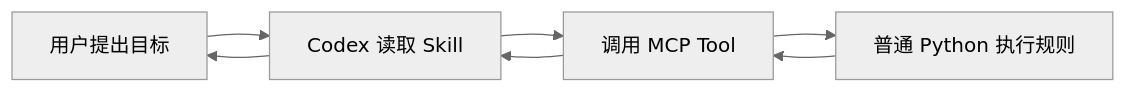
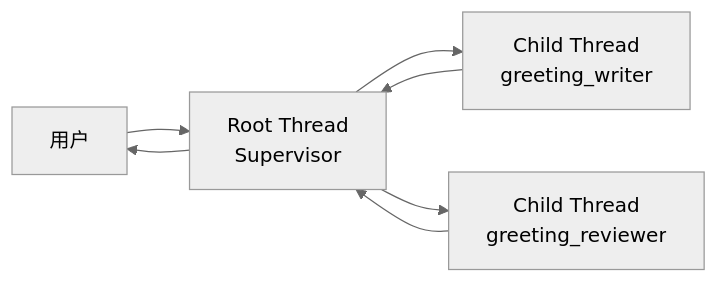
The second of 5 diagrams in docs/multi-agent-development-tutorial.md (JO-WTF/open-web-codex), drawn with Mermaid (neutral theme) before and after one commit. The commit also changed other lines of this file and 100 other files, not shown here.

````diff
--- a/docs/multi-agent-development-tutorial.md
+++ b/docs/multi-agent-development-tutorial.md
@@ -77,9 +46,9 @@
 ```mermaid
 flowchart LR
-    U["用户提出目标"] --> C["Codex 读取 Skill"]
-    C --> M["调用 MCP Tool"]
-    M --> F["普通 Python 执行规则"]
-    F --> M
-    M --> C
-    C --> U
+    U["用户"] --> R["Root Thread<br/>Supervisor"]
+    R --> W["Child Thread<br/>greeting_writer"]
+    W --> R
+    R --> V["Child Thread<br/>greeting_reviewer"]
+    V --> R
+    R --> U
 ```
````
